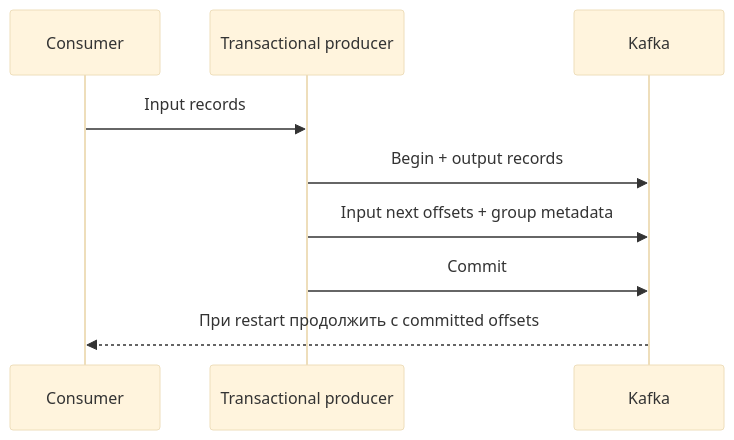
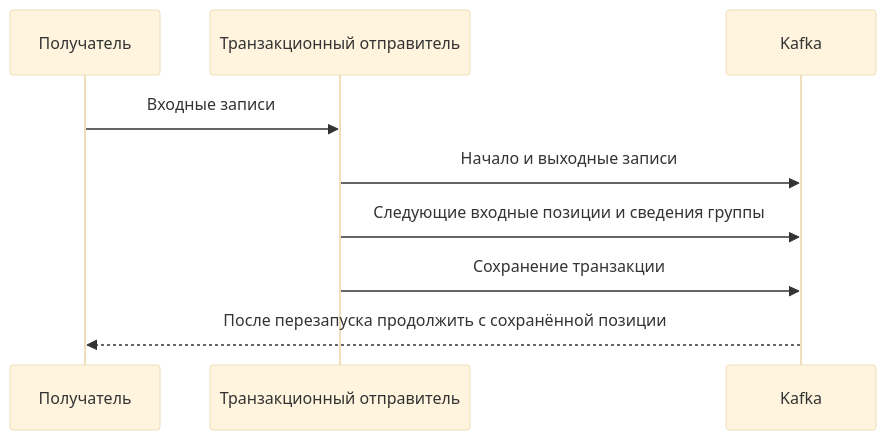
The diagram in docs/messaging/kafka/transactions.md (leary1337/vault), drawn with Mermaid (base theme) before and after one commit. The commit also changed other lines of this file and 325 other files, not shown here.

````diff
--- a/docs/messaging/kafka/transactions.md
+++ b/docs/messaging/kafka/transactions.md
@@ -43,11 +34,11 @@
 ```mermaid
 sequenceDiagram
-    participant C as Consumer
-    participant P as Transactional producer
+    participant C as Получатель
+    participant P as Транзакционный отправитель
     participant K as Kafka
-    C->>P: Input records
-    P->>K: Begin + output records
-    P->>K: Input next offsets + group metadata
-    P->>K: Commit
-    K-->>C: При restart продолжить с committed offsets
+    C->>P: Входные записи
+    P->>K: Начало и выходные записи
+    P->>K: Следующие входные позиции и сведения группы
+    P->>K: Сохранение транзакции
+    K-->>C: После перезапуска продолжить с сохранённой позиции
 ```
````
